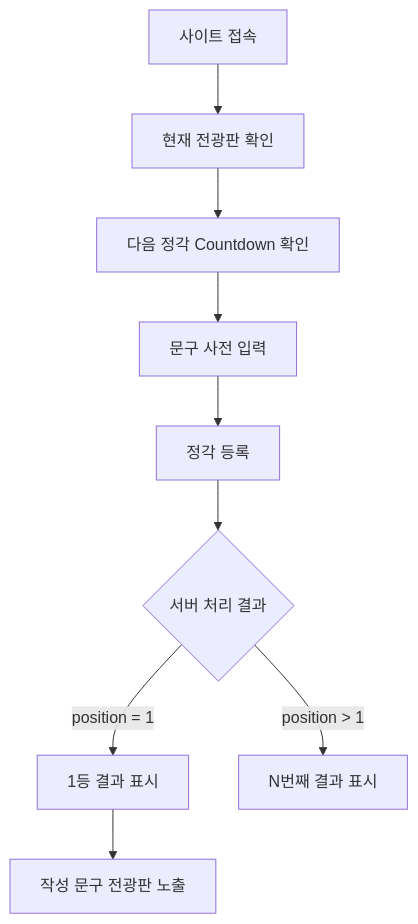
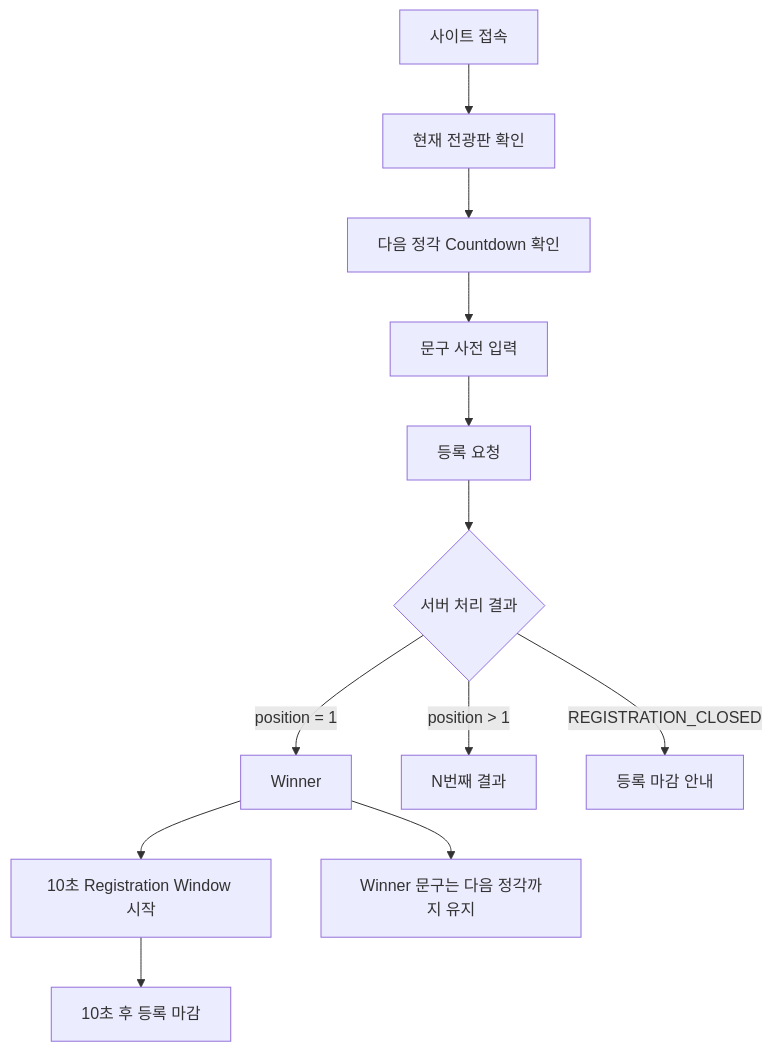
Before and after one commit to seoheejung/hourboard: the first of 3 diagrams in README.md, drawn with Mermaid. The commit also changed other lines of this file and 3 other files, not shown here.

````diff
--- a/README.md
+++ b/README.md
@@ -143,11 +157,14 @@
 ```mermaid
 flowchart TD
     A[사이트 접속] --> B[현재 전광판 확인]
     B --> C[다음 정각 Countdown 확인]
     C --> D[문구 사전 입력]
-    D --> E[정각 등록]
+    D --> E[등록 요청]
     E --> F{서버 처리 결과}
-    F -->|position = 1| G[1등 결과 표시]
-    G --> H[작성 문구 전광판 노출]
-    F -->|position > 1| I[N번째 결과 표시]
+    F -->|position = 1| G[Winner]
+    G --> H[10초 Registration Window 시작]
+    F -->|position > 1| I[N번째 결과]
+    F -->|REGISTRATION_CLOSED| J[등록 마감 안내]
+    H --> K[10초 후 등록 마감]
+    G --> L[Winner 문구는 다음 정각까지 유지]
 ```
````
